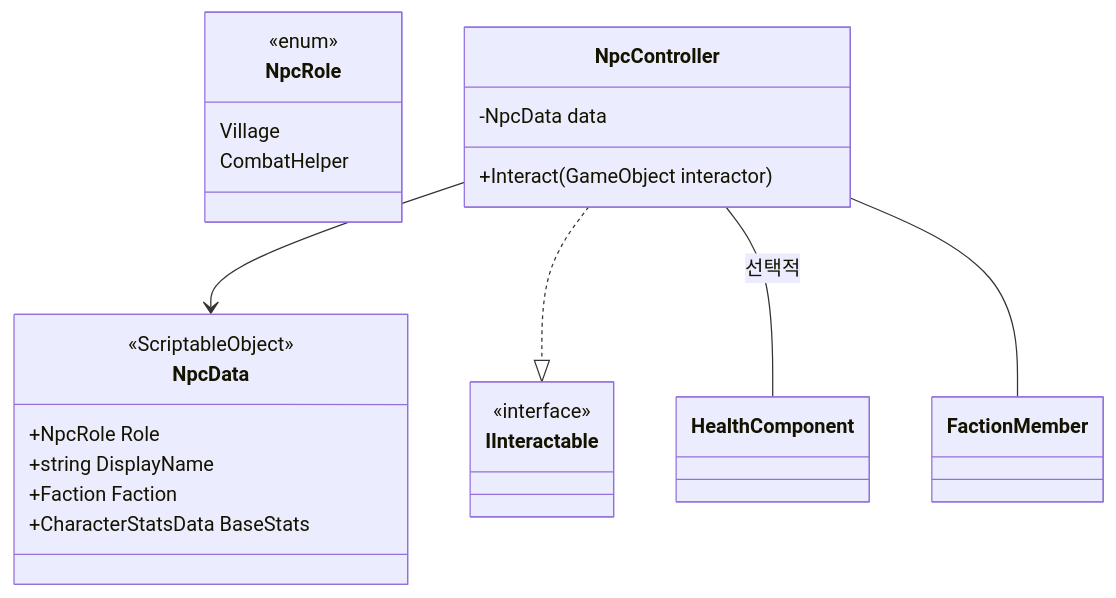
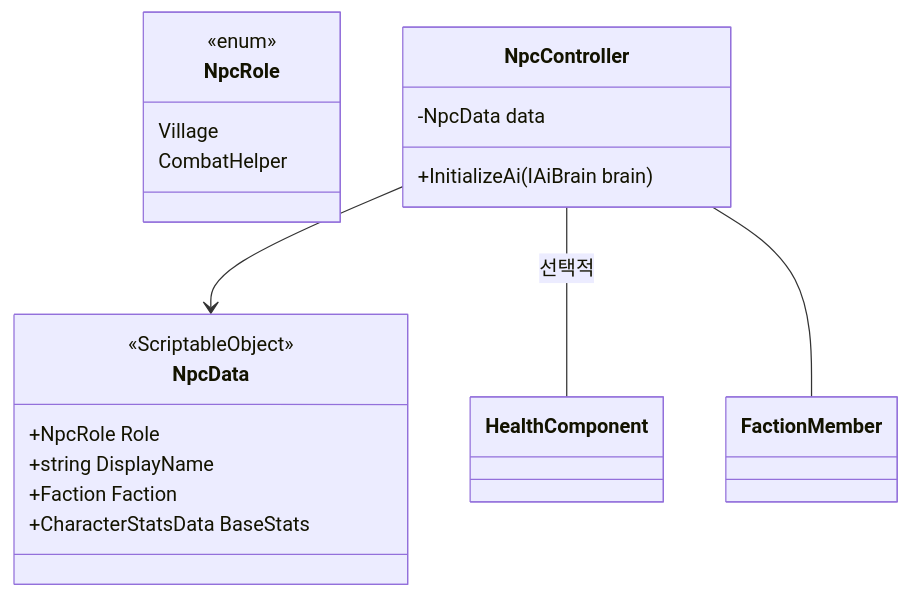
Before and after one commit to Seung-Hyun-211/ClaudeUnityPluginTest: the first of 4 diagrams in documents/npc-roles.md, drawn with Mermaid. The commit also changed other lines of this file and 13 other files, not shown here.

````diff
--- a/documents/npc-roles.md
+++ b/documents/npc-roles.md
@@ -23,27 +23,25 @@
 ```mermaid
 classDiagram
     class NpcRole {
         <<enum>>
         Village
         CombatHelper
     }
     class NpcData {
         <<ScriptableObject>>
         +NpcRole Role
         +string DisplayName
         +Faction Faction
         +CharacterStatsData BaseStats
     }
     class NpcController {
         -NpcData data
-        +Interact(GameObject interactor)
+        +InitializeAi(IAiBrain brain)
     }
-    class IInteractable { <<interface>> }
     class HealthComponent
     class FactionMember
 
     NpcController --> NpcData
-    NpcController ..|> IInteractable
     NpcController -- HealthComponent : 선택적
     NpcController -- FactionMember
 ```
````
